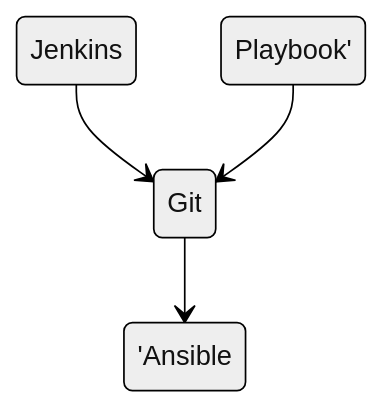
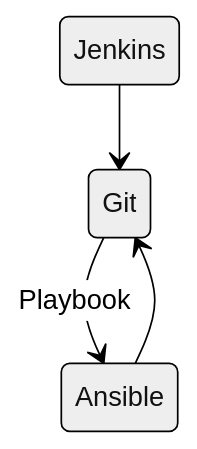
The diagram in README.md (Lifailon/Deploy-PS-Module), drawn with Mermaid (neutral theme) before and after one commit.

Commit message:
test state

````diff
--- a/README.md
+++ b/README.md
@@ -7,6 +7,6 @@
 ```mermaid
 stateDiagram-v2
     Jenkins --> Git
-    Git --> 'Ansible Playbook'
-    'Ansible Playbook' --> Git
+    Git --> Ansible: Playbook
+    Ansible --> Git
 ```
````
